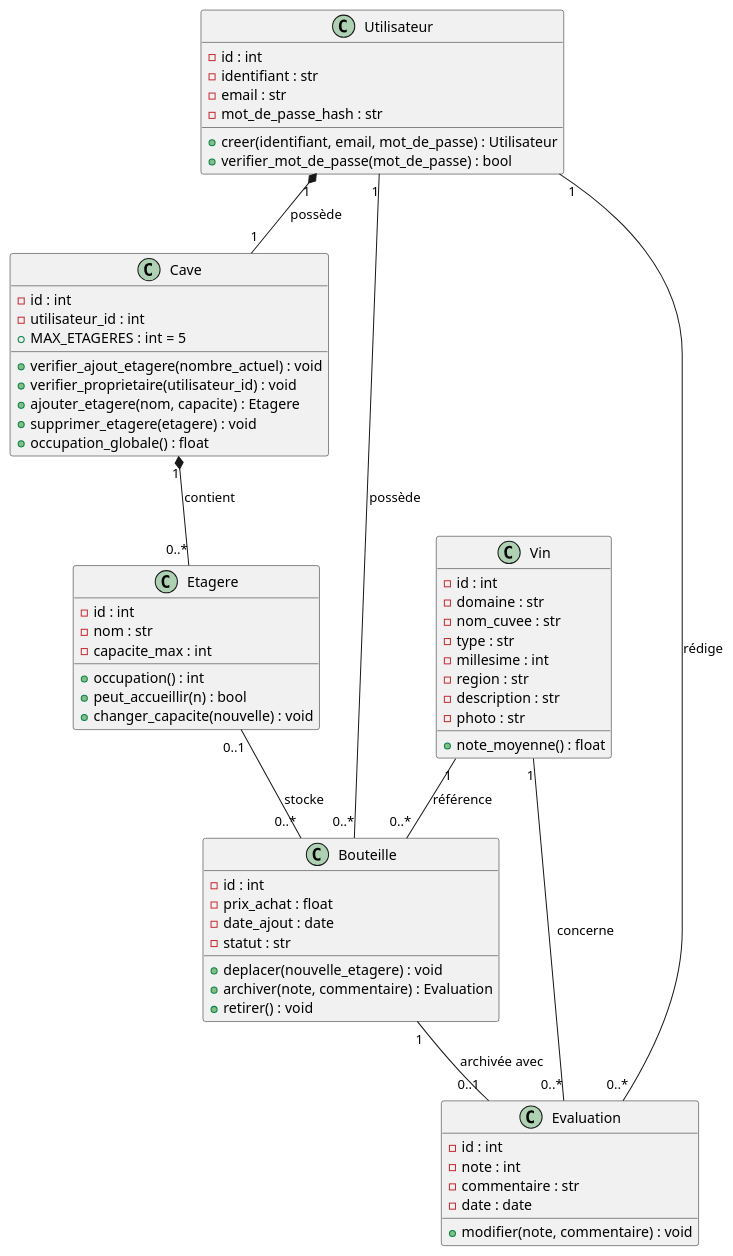
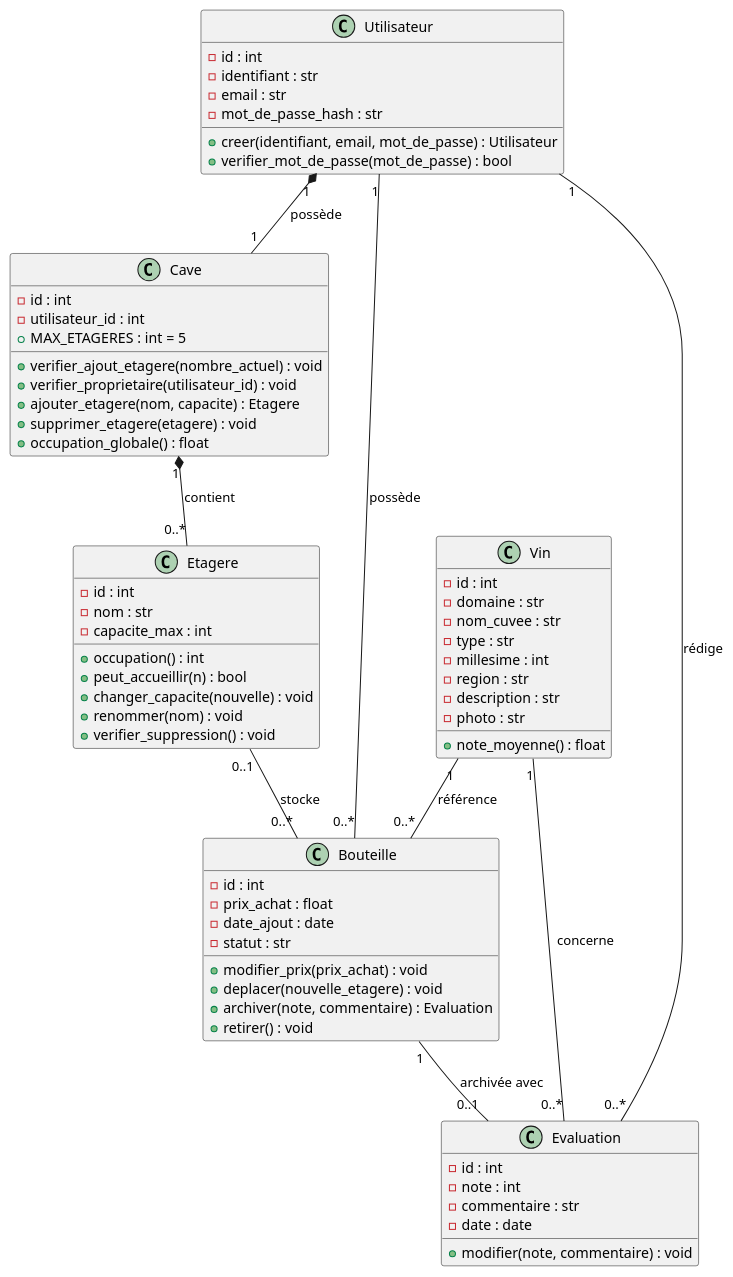
Before and after one commit to Wiillyyy/Cavissimo: the diagram in docs/uml/diagramme_classes.puml, drawn with PlantUML. The commit also changed 9 other files, not shown here.

```diff
--- a/docs/uml/diagramme_classes.puml
+++ b/docs/uml/diagramme_classes.puml
@@ -1,71 +1,74 @@
 @startuml diagramme_classes
 
 class Utilisateur {
   - id : int
   - identifiant : str
   - email : str
   - mot_de_passe_hash : str
   + creer(identifiant, email, mot_de_passe) : Utilisateur
   + verifier_mot_de_passe(mot_de_passe) : bool
 }
 
 class Cave {
   - id : int
   - utilisateur_id : int
   + MAX_ETAGERES : int = 5
   + verifier_ajout_etagere(nombre_actuel) : void
   + verifier_proprietaire(utilisateur_id) : void
   + ajouter_etagere(nom, capacite) : Etagere
   + supprimer_etagere(etagere) : void
   + occupation_globale() : float
 }
 
 class Etagere {
   - id : int
   - nom : str
   - capacite_max : int
   + occupation() : int
   + peut_accueillir(n) : bool
   + changer_capacite(nouvelle) : void
+  + renommer(nom) : void
+  + verifier_suppression() : void
 }
 
 class Vin {
   - id : int
   - domaine : str
   - nom_cuvee : str
   - type : str
   - millesime : int
   - region : str
   - description : str
   - photo : str
   + note_moyenne() : float
 }
 
 class Bouteille {
   - id : int
   - prix_achat : float
   - date_ajout : date
   - statut : str
+  + modifier_prix(prix_achat) : void
   + deplacer(nouvelle_etagere) : void
   + archiver(note, commentaire) : Evaluation
   + retirer() : void
 }
 
 class Evaluation {
   - id : int
   - note : int
   - commentaire : str
   - date : date
   + modifier(note, commentaire) : void
 }
 
 Utilisateur "1" *-- "1" Cave : possède
 Cave "1" *-- "0..*" Etagere : contient
 Utilisateur "1" -- "0..*" Bouteille : possède
 Etagere "0..1" -- "0..*" Bouteille : stocke
 Vin "1" -- "0..*" Bouteille : référence
 Bouteille "1" -- "0..1" Evaluation : archivée avec
 Utilisateur "1" -- "0..*" Evaluation : rédige
 Vin "1" -- "0..*" Evaluation : concerne
 
 @enduml
```
